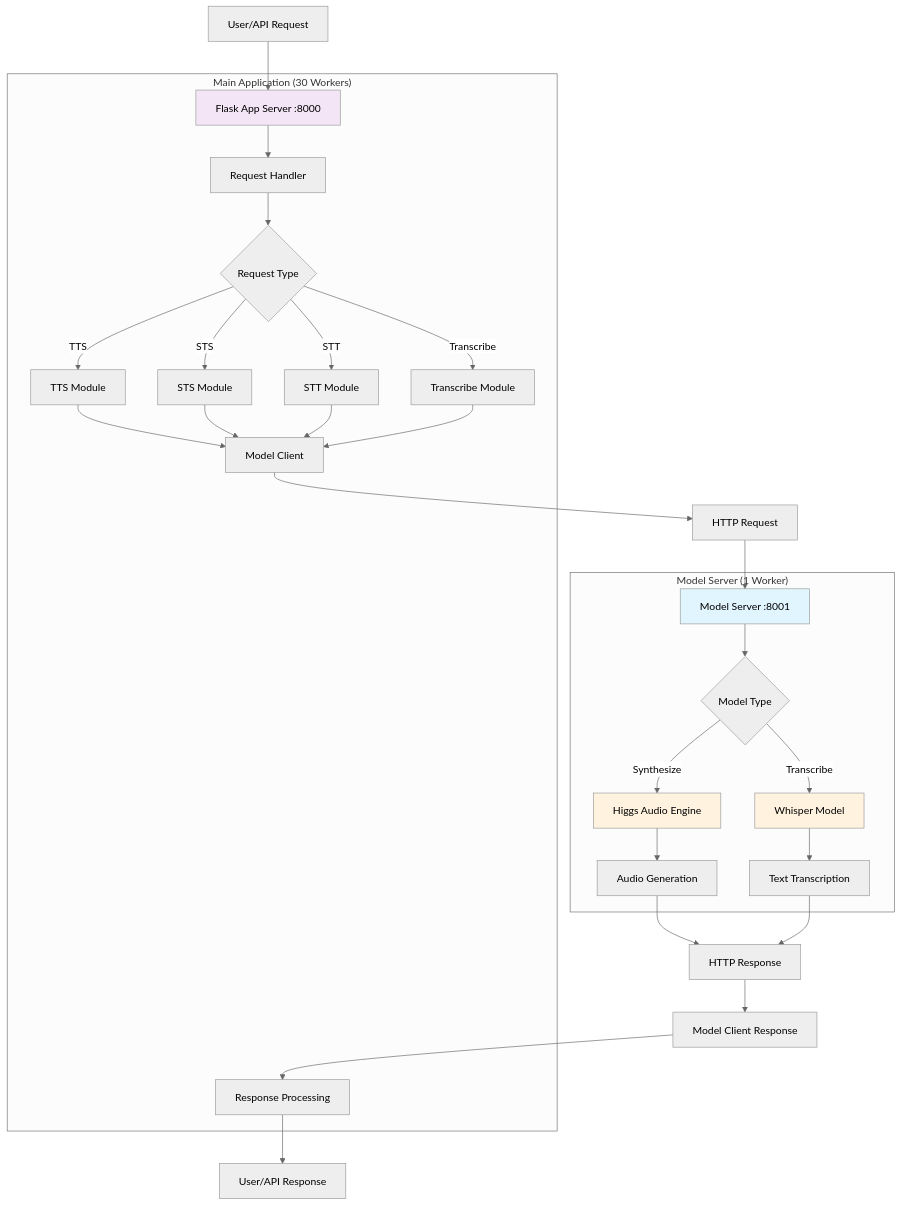
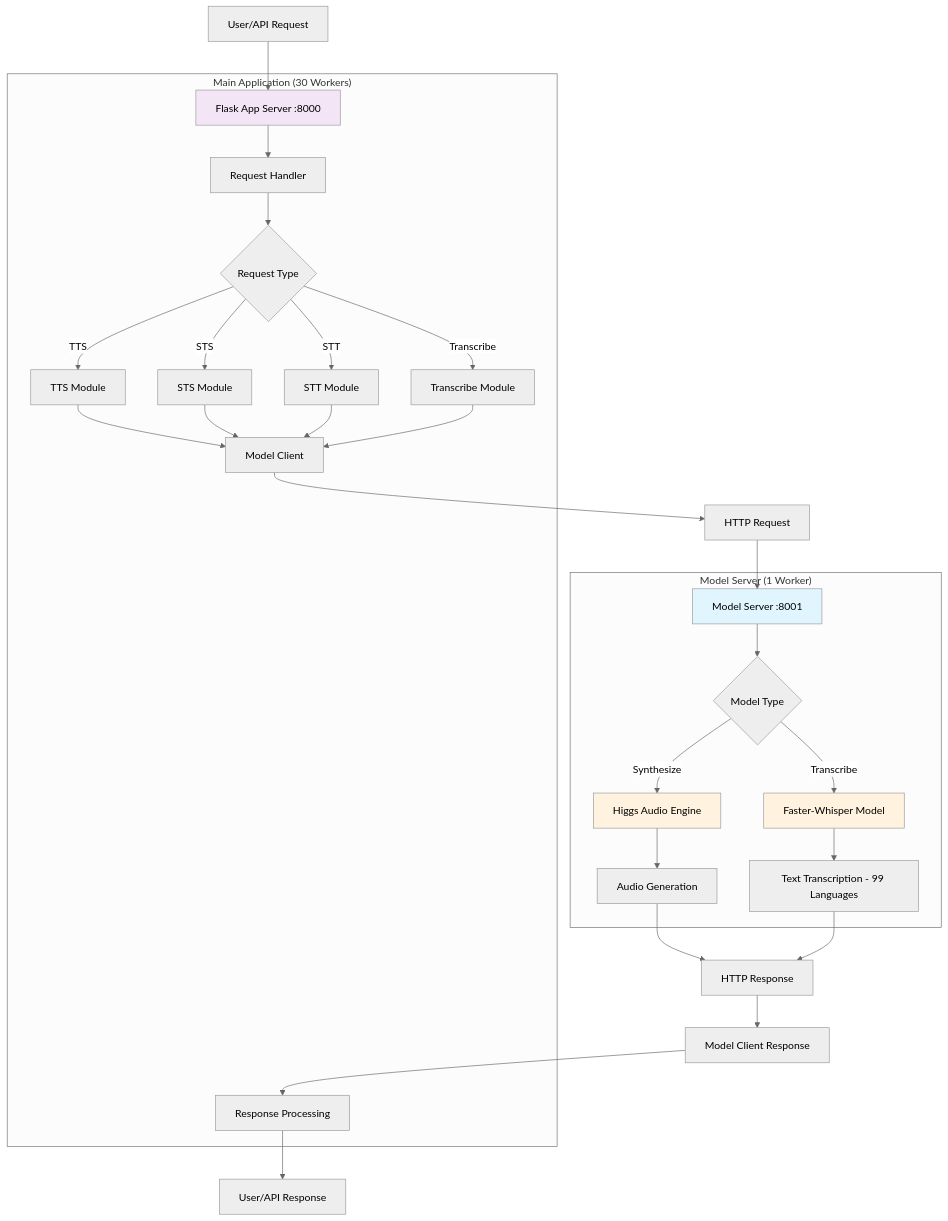
Before and after one commit to elixpo/lixaudio: the diagram in README.md, drawn with Mermaid (neutral theme). The commit also changed other lines of this file, not shown here.

Commit message:
updated the readme with the new audio transcribe features

````diff
--- a/README.md
+++ b/README.md
@@ -28,58 +29,58 @@
 ```mermaid
 flowchart TB
     A[User/API Request] --> B[Flask App Server :8000]
     B --> C[Request Handler]
     C --> D{Request Type}
     
     D -- "TTS" --> E[TTS Module]
     D -- "STS" --> F[STS Module] 
     D -- "STT" --> G[STT Module]
     D -- "Transcribe" --> H[Transcribe Module]
     
     E --> I[Model Client]
     F --> I
     G --> I
     H --> I
     
     I --> J[HTTP Request]
     J --> K[Model Server :8001]
     
     K --> L{Model Type}
     L -- "Synthesize" --> M[Higgs Audio Engine]
-    L -- "Transcribe" --> N[Whisper Model]
+    L -- "Transcribe" --> N[Faster-Whisper Model]
     
     M --> O[Audio Generation]
-    N --> P[Text Transcription]
+    N --> P[Text Transcription - 99 Languages]
     
     O --> Q[HTTP Response]
     P --> Q
     Q --> R[Model Client Response]
     R --> S[Response Processing]
     S --> T[User/API Response]
     
     subgraph "Main Application (30 Workers)"
         B
         C
         D
         E
         F
         G
         H
         I
         S
     end
     
     subgraph "Model Server (1 Worker)"
         K
         L
         M
         N
         O
         P
     end
     
     style K fill:#e1f5fe
     style B fill:#f3e5f5
     style M fill:#fff3e0
     style N fill:#fff3e0
 ```
````
